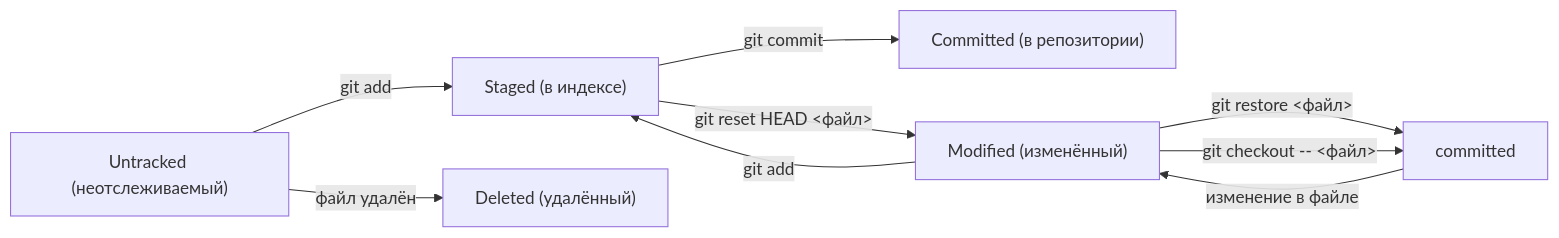
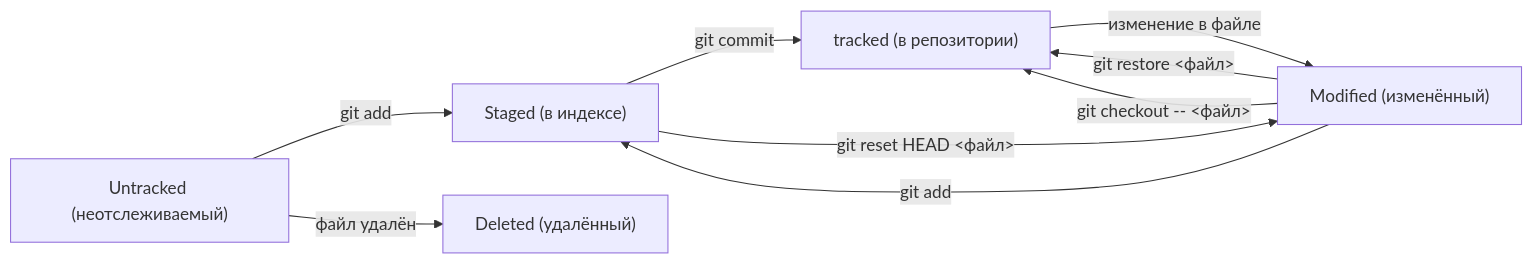
Before and after one commit to letsvio/assistance-with-git: the diagram in README.md, drawn with Mermaid.

Commit message:
Исправить схему жизненного цикла

````diff
--- a/README.md
+++ b/README.md
@@ -170,11 +170,11 @@
 ```mermaid
 graph LR;
     untracked["Untracked (неотслеживаемый)"] -- "git add" --> staged["Staged (в индексе)"];
-    staged -- "git commit" --> tracked["Committed (в репозитории)"];
-    committed -- "изменение в файле" --> modified["Modified (изменённый)"];
+    staged -- "git commit" --> tracked["tracked (в репозитории)"];
+    tracked -- "изменение в файле" --> modified["Modified (изменённый)"];
     modified -- "git add" --> staged;
     staged -- "git reset HEAD <файл>" --> modified;
-    modified -- "git restore <файл>" --> committed;
+    modified -- "git restore <файл>" --> tracked;
     untracked -- "файл удалён" --> deleted["Deleted (удалённый)"];
-    modified -- "git checkout -- <файл>" --> committed;
+    modified -- "git checkout -- <файл>" --> tracked;
 ```
````
